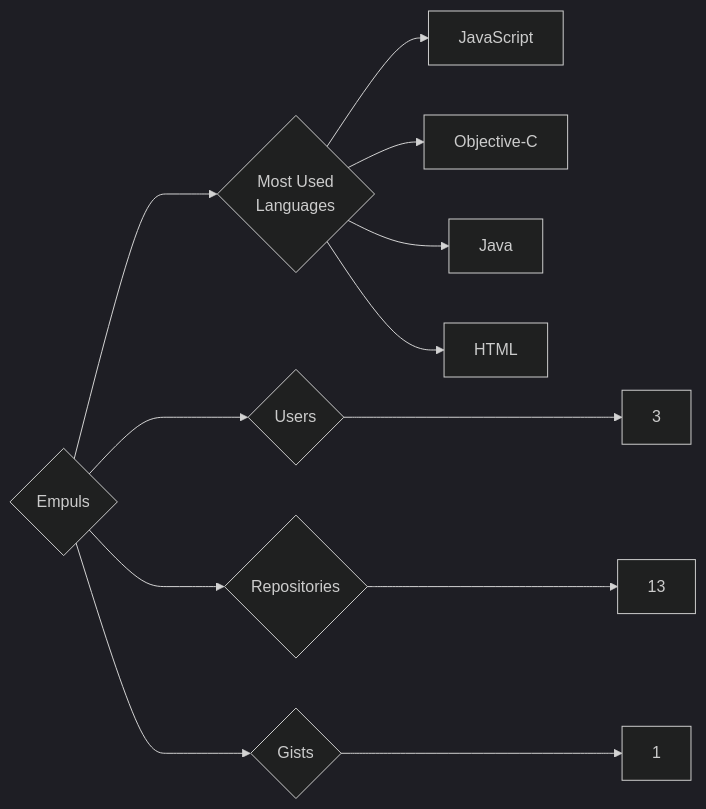
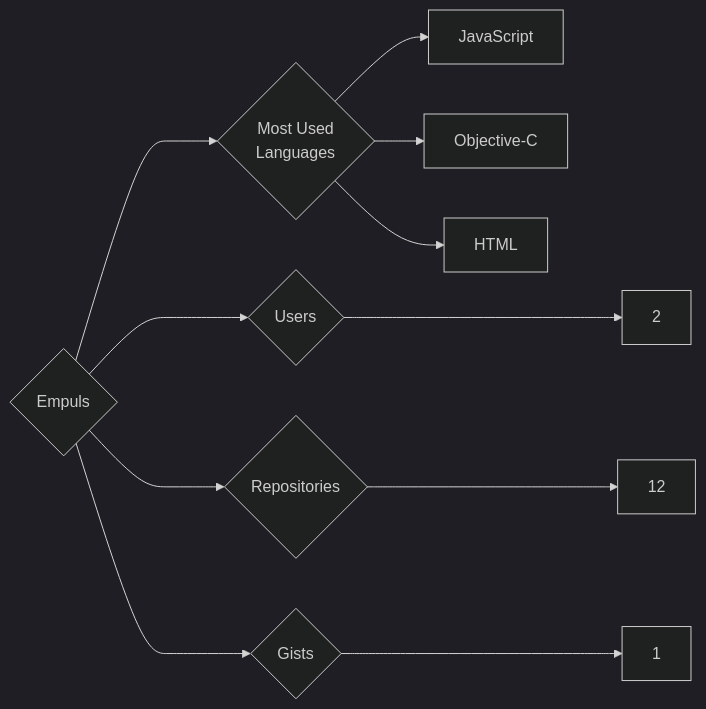
Before and after one commit to trickest/insiders: the diagram in targets/Empuls/README.md, drawn with Mermaid (dark theme). The commit also changed 1036 other files, not shown here.

````diff
--- a/targets/Empuls/README.md
+++ b/targets/Empuls/README.md
@@ -3,12 +3,11 @@
 ```mermaid
 graph LR
 COMPANY_NAME{Empuls}
-COMPANY_NAME ---> U{Users} ---> UN[3]
-COMPANY_NAME ---> R{Repositories} ---> RN[13]
+COMPANY_NAME ---> U{Users} ---> UN[2]
+COMPANY_NAME ---> R{Repositories} ---> RN[12]
 COMPANY_NAME ---> G{Gists} ---> GN[1]
 COMPANY_NAME ---> ML{Most Used<br>Languages}
 ML --> JavaScript[JavaScript]
 ML --> Objective-C[Objective-C]
-ML --> Java[Java]
 ML --> HTML[HTML]
 ```
````
